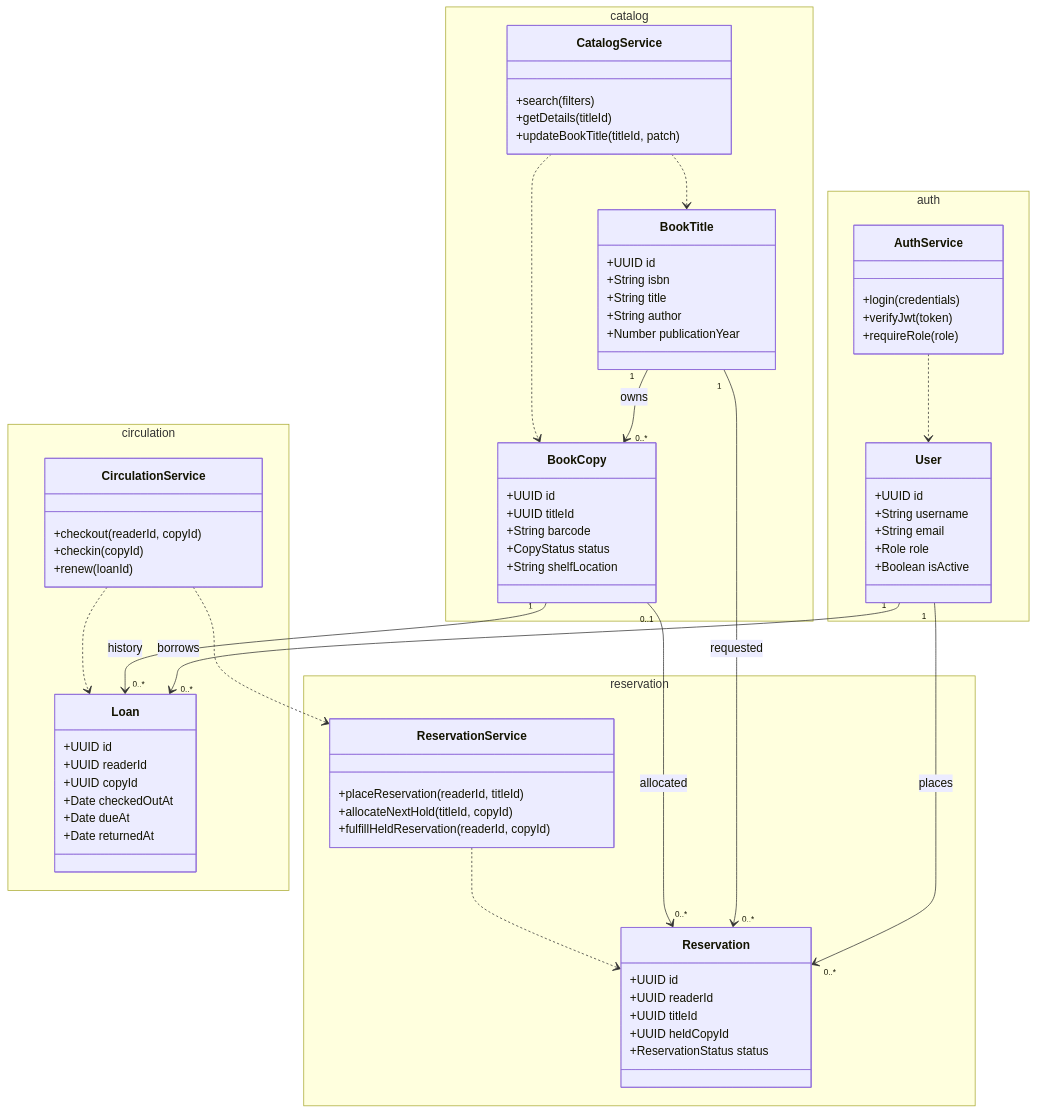
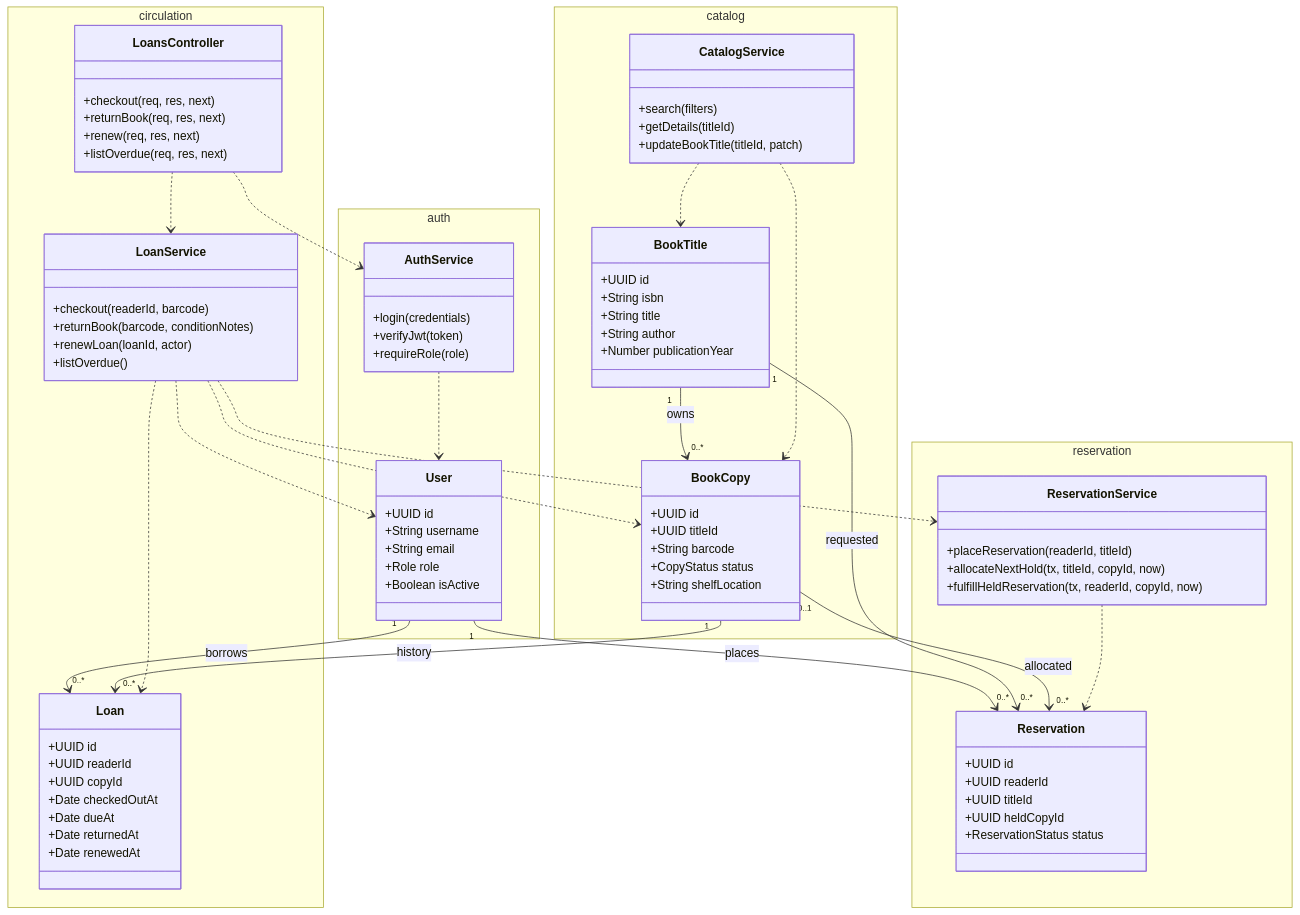
Before and after one commit to Vincenthevinh/UniLib: the diagram in docs/pa3/03-oo-design.md, drawn with Mermaid. The commit also changed other lines of this file and 12 other files, not shown here.

Commit message:
feat(backend) and docs(PA3): Circulation API: checkout, return, renew with transaction (F05)

````diff
--- a/docs/pa3/03-oo-design.md
+++ b/docs/pa3/03-oo-design.md
@@ -75,11 +75,19 @@
       +Date checkedOutAt
       +Date dueAt
       +Date returnedAt
+      +Date renewedAt
     }
-    class CirculationService {
-      +checkout(readerId, copyId)
-      +checkin(copyId)
-      +renew(loanId)
+    class LoansController {
+      +checkout(req, res, next)
+      +returnBook(req, res, next)
+      +renew(req, res, next)
+      +listOverdue(req, res, next)
+    }
+    class LoanService {
+      +checkout(readerId, barcode)
+      +returnBook(barcode, conditionNotes)
+      +renewLoan(loanId, actor)
+      +listOverdue()
     }
   }
   namespace reservation {
@@ -92,8 +100,8 @@
     }
     class ReservationService {
       +placeReservation(readerId, titleId)
-      +allocateNextHold(titleId, copyId)
-      +fulfillHeldReservation(readerId, copyId)
+      +allocateNextHold(tx, titleId, copyId, now)
+      +fulfillHeldReservation(tx, readerId, copyId, now)
     }
   }
   User "1" --> "0..*" Loan : borrows
@@ -104,8 +112,12 @@
   BookCopy "0..1" --> "0..*" Reservation : allocated
   CatalogService ..> BookTitle
   CatalogService ..> BookCopy
-  CirculationService ..> Loan
-  CirculationService ..> ReservationService
+  LoansController ..> AuthService
+  LoansController ..> LoanService
+  LoanService ..> Loan
+  LoanService ..> BookCopy
+  LoanService ..> User
+  LoanService ..> ReservationService
   ReservationService ..> Reservation
   AuthService ..> User
 ```
````
